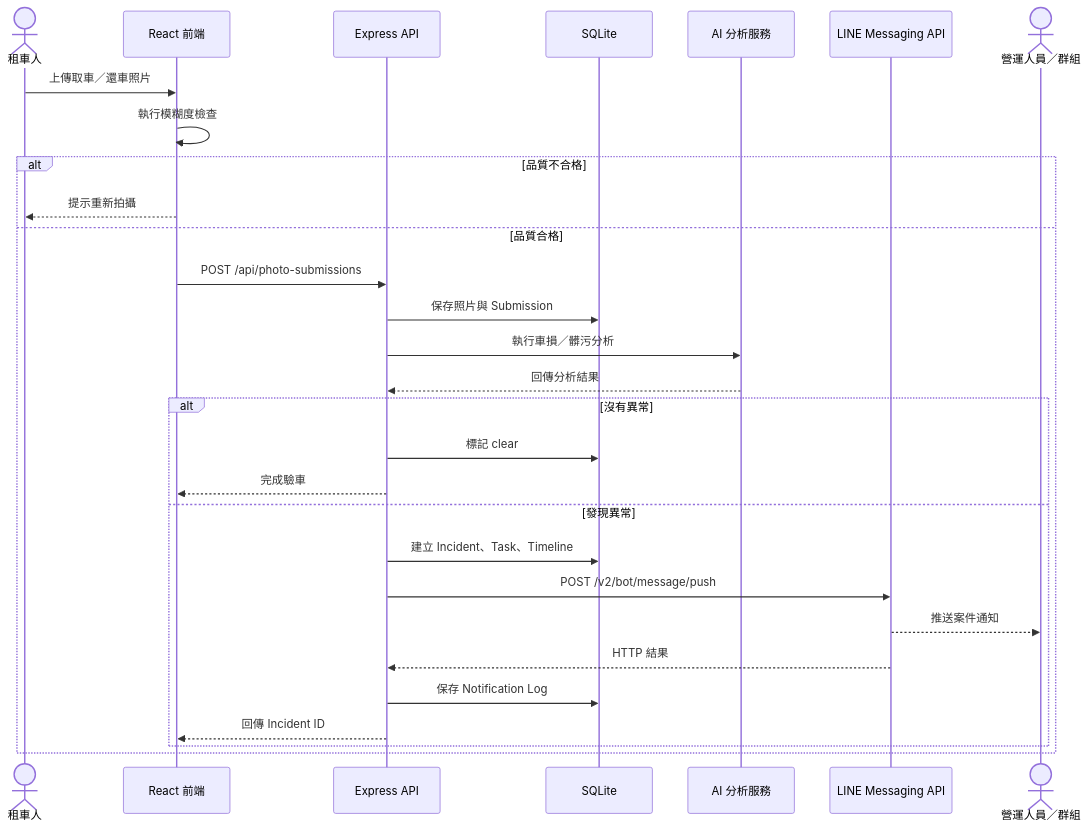
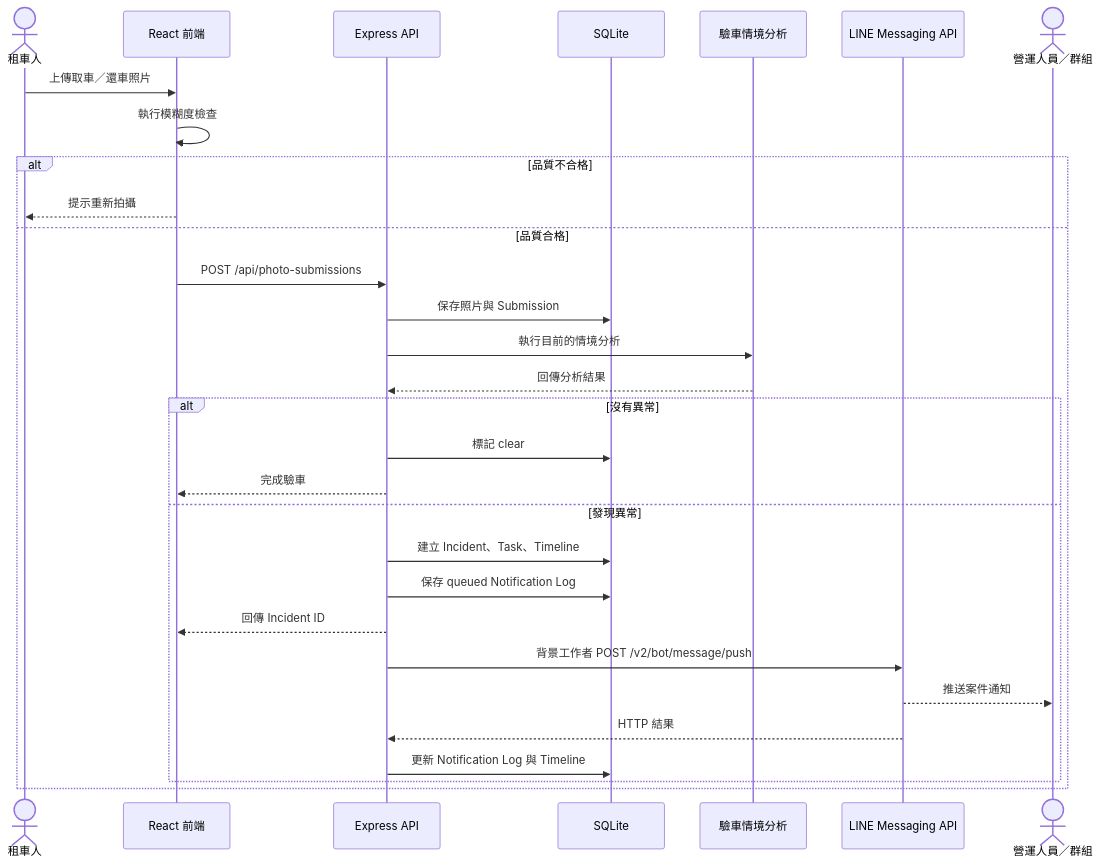
The diagram in WORKFLOW.md (yyyunx/iRent-AI-Dashboard), drawn with Mermaid before and after one commit. The commit also changed other lines of this file and 3 other files, not shown here.

Commit message:
update architecture and workflow documentation

````diff
--- a/WORKFLOW.md
+++ b/WORKFLOW.md
@@ -9,32 +9,33 @@
 ```mermaid
 sequenceDiagram
     actor Customer as 租車人
     participant Web as React 前端
     participant API as Express API
     participant DB as SQLite
-    participant AI as AI 分析服務
+    participant AI as 驗車情境分析
     participant LINE as LINE Messaging API
     actor Ops as 營運人員／群組
 
     Customer->>Web: 上傳取車／還車照片
     Web->>Web: 執行模糊度檢查
     alt 品質不合格
         Web-->>Customer: 提示重新拍攝
     else 品質合格
         Web->>API: POST /api/photo-submissions
         API->>DB: 保存照片與 Submission
-        API->>AI: 執行車損／髒污分析
+        API->>AI: 執行目前的情境分析
         AI-->>API: 回傳分析結果
         alt 沒有異常
             API->>DB: 標記 clear
             API-->>Web: 完成驗車
         else 發現異常
             API->>DB: 建立 Incident、Task、Timeline
-            API->>LINE: POST /v2/bot/message/push
+            API->>DB: 保存 queued Notification Log
+            API-->>Web: 回傳 Incident ID
+            API->>LINE: 背景工作者 POST /v2/bot/message/push
             LINE-->>Ops: 推送案件通知
             LINE-->>API: HTTP 結果
-            API->>DB: 保存 Notification Log
-            API-->>Web: 回傳 Incident ID
+            API->>DB: 更新 Notification Log 與 Timeline
         end
     end
 ```
````
